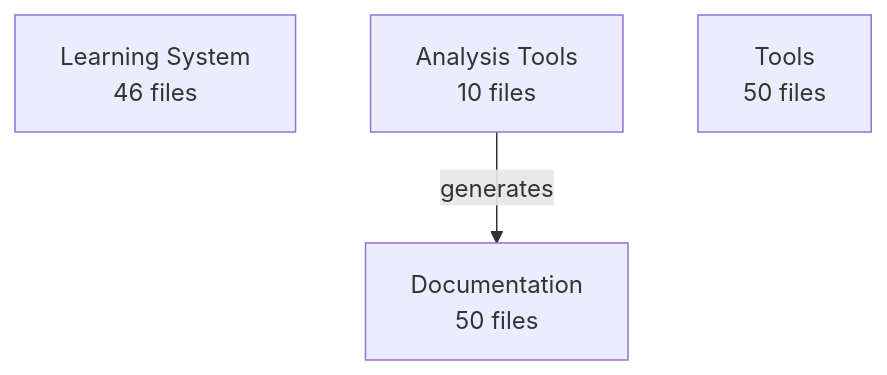
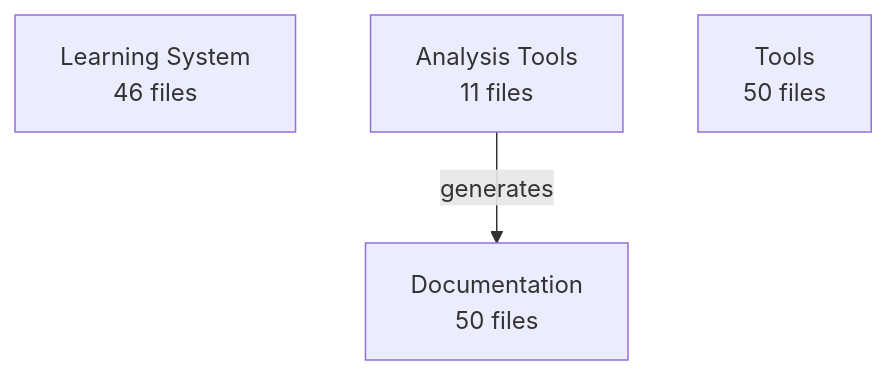
One commit to enufacas/Chained changed the diagram in analysis/architecture/architecture.mmd. Above: the diagram before and after it, drawn with Mermaid. The commit also changed 6 other files, not shown here.

First line of the commit message:
🏗️ Update architecture evolution tracking

```diff
--- a/analysis/architecture/architecture.mmd
+++ b/analysis/architecture/architecture.mmd
@@ -1,6 +1,6 @@
 graph TD
     learning_system[Learning System<br/>46 files]
-    analysis_tools[Analysis Tools<br/>10 files]
+    analysis_tools[Analysis Tools<br/>11 files]
     documentation[Documentation<br/>50 files]
     tools[Tools<br/>50 files]
     analysis_tools -->|generates| documentation
```
